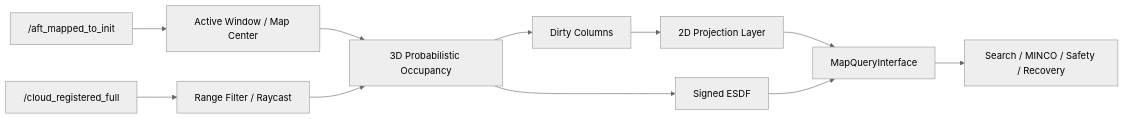
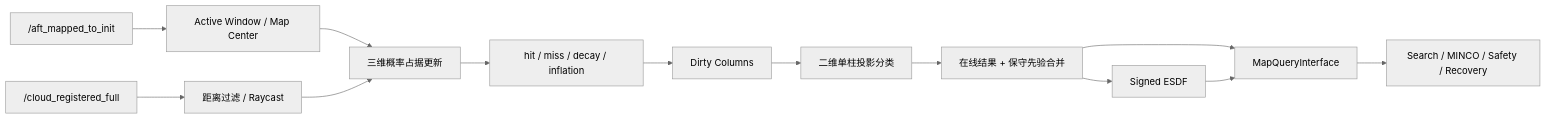
Before and after one commit to Walker152/navi_minco_bit: the diagram in src/perception/rog_map/README.md, drawn with Mermaid (neutral theme). The commit also changed other lines of this file and 15 other files, not shown here.

````diff
--- a/src/perception/rog_map/README.md
+++ b/src/perception/rog_map/README.md
@@ -23,13 +23,15 @@
 ```mermaid
 flowchart LR
-  C["/cloud_registered_full"] --> R[Range Filter / Raycast]
+  C["/cloud_registered_full"] --> R[距离过滤 / Raycast]
   O["/aft_mapped_to_init"] --> A[Active Window / Map Center]
-  A --> V[3D Probabilistic Occupancy]
+  A --> V[三维概率占据更新]
   R --> V
-  V --> D[Dirty Columns]
-  D --> P[2D Projection Layer]
-  V --> E[Signed ESDF]
-  P --> Q[MapQueryInterface]
+  V --> X[hit / miss / decay / inflation]
+  X --> D[Dirty Columns]
+  D --> P[二维单柱投影分类]
+  P --> F[在线结果 + 保守先验合并]
+  F --> E[Signed ESDF]
+  F --> Q[MapQueryInterface]
   E --> Q
-  Q --> M[Search / MINCO / Safety / Recovery]
+  Q --> U[Search / MINCO / Safety / Recovery]
 ```
````
